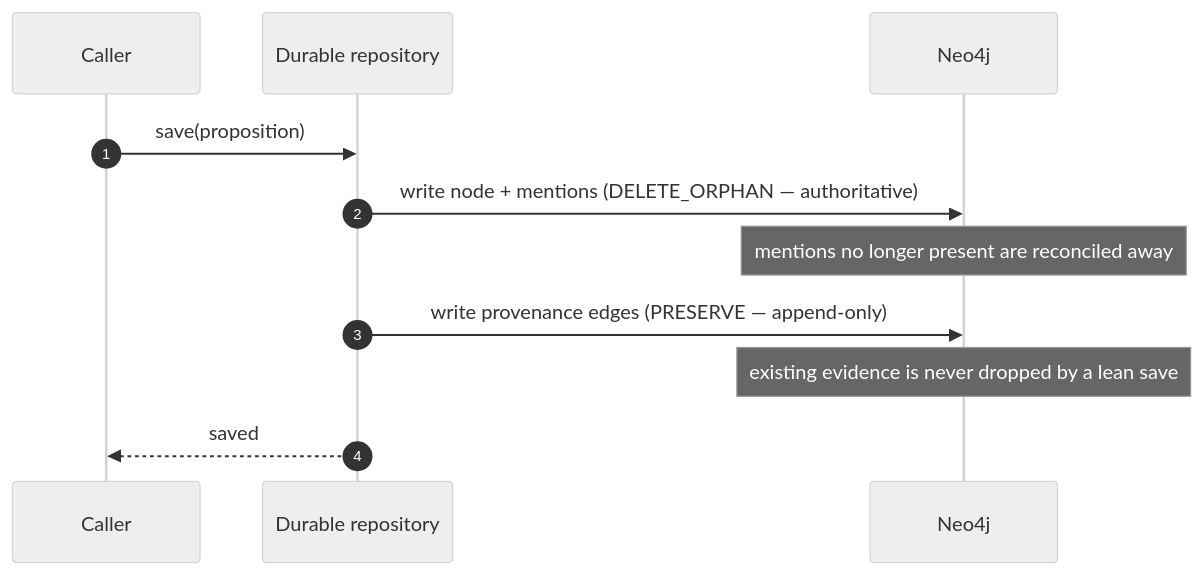
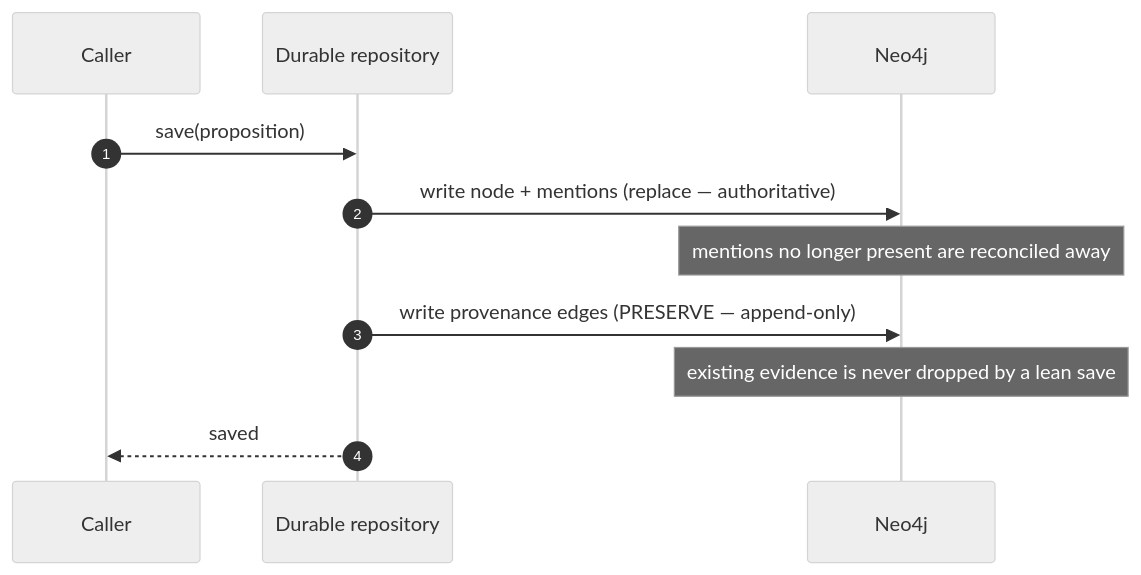
One commit to embabel/dice changed the fourth of 5 diagrams in docs/design/durable-storage.md. Above: the diagram before and after it, drawn with Mermaid (neutral theme). The commit also changed 4 other files, not shown here.

````diff
--- a/docs/design/durable-storage.md
+++ b/docs/design/durable-storage.md
@@ -163,13 +163,13 @@
 ```mermaid
 sequenceDiagram
     autonumber
     participant Caller
     participant Repo as Durable repository
     participant Graph as Neo4j
     Caller->>Repo: save(proposition)
-    Repo->>Graph: write node + mentions (DELETE_ORPHAN — authoritative)
+    Repo->>Graph: write node + mentions (replace — authoritative)
     Note over Graph: mentions no longer present are reconciled away
     Repo->>Graph: write provenance edges (PRESERVE — append-only)
     Note over Graph: existing evidence is never dropped by a lean save
     Repo-->>Caller: saved
 ```
````
